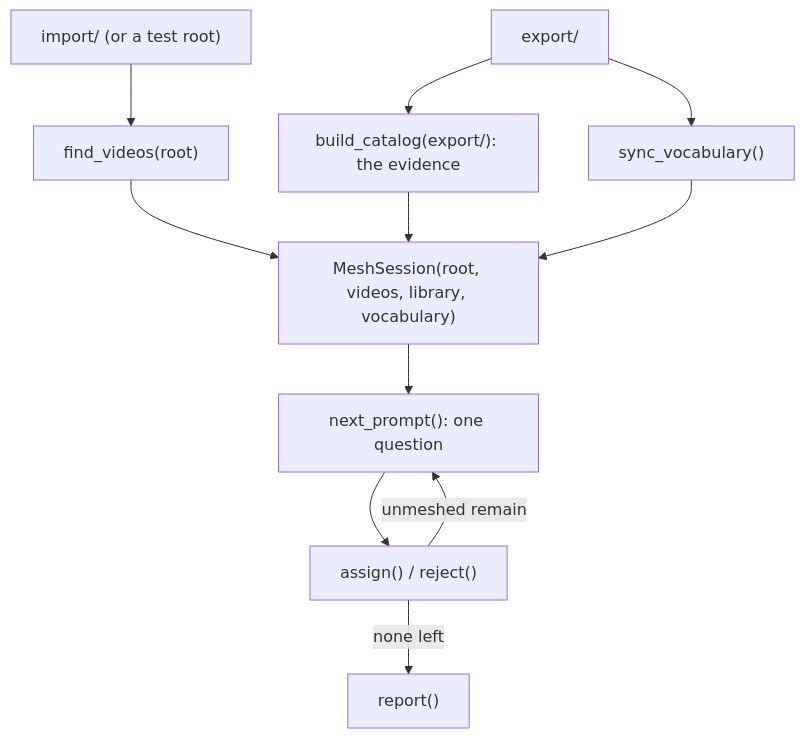
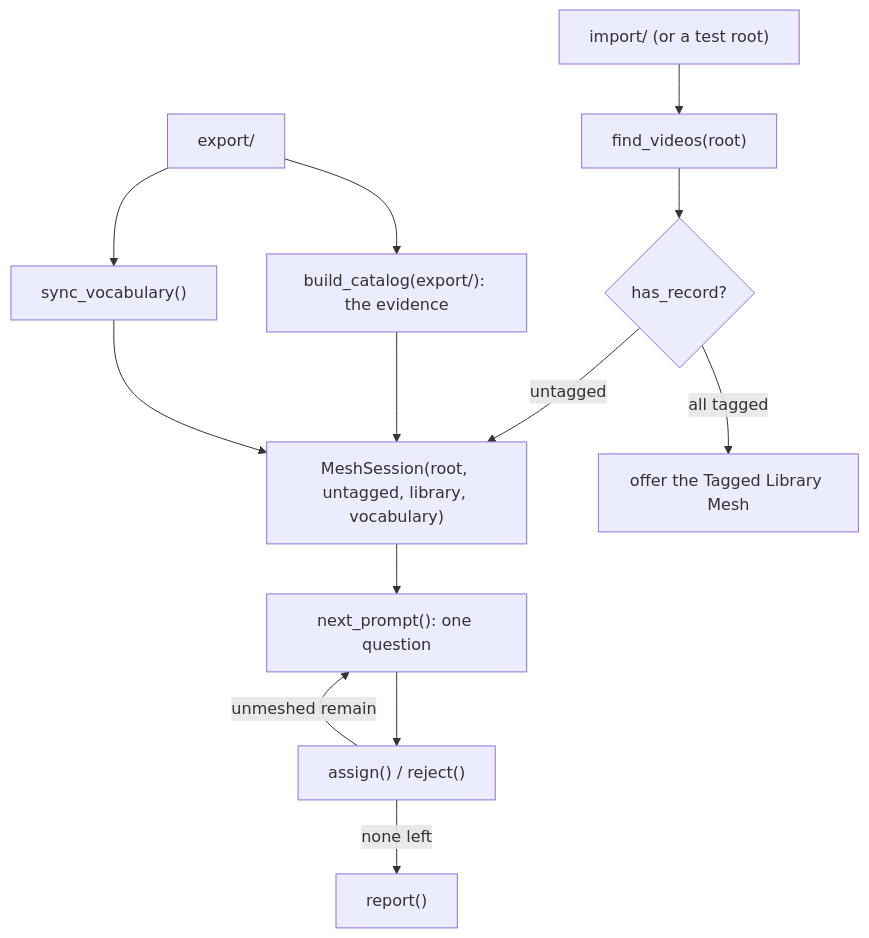
The second of 2 diagrams in docs/importing.md (trafficman/commcut), drawn with Mermaid before and after one commit. The commit also changed other lines of this file and 32 other files, not shown here.

Commit message:
#33, initial phase for Tagged Library Mesh

````diff
--- a/docs/importing.md
+++ b/docs/importing.md
@@ -244,13 +285,15 @@
 ```mermaid
 flowchart TD
     Root["import/ (or a test root)"] --> Find["find_videos(root)"]
     Lib["export/"] --> Sync["sync_vocabulary()"]
     Lib --> Cat["build_catalog(export/): the evidence"]
-    Find --> Sess["MeshSession(root, videos, library, vocabulary)"]
+    Find --> Part{"has_record?"}
+    Part -->|"untagged"| Sess["MeshSession(root, untagged, library, vocabulary)"]
     Cat --> Sess
     Sync --> Sess
     Sess --> Prompt["next_prompt(): one question"]
     Prompt --> Assign["assign() / reject()"]
     Assign -->|"unmeshed remain"| Prompt
     Assign -->|"none left"| Report["report()"]
+    Part -->|"all tagged"| Values["offer the Tagged Library Mesh"]
 ```
````
